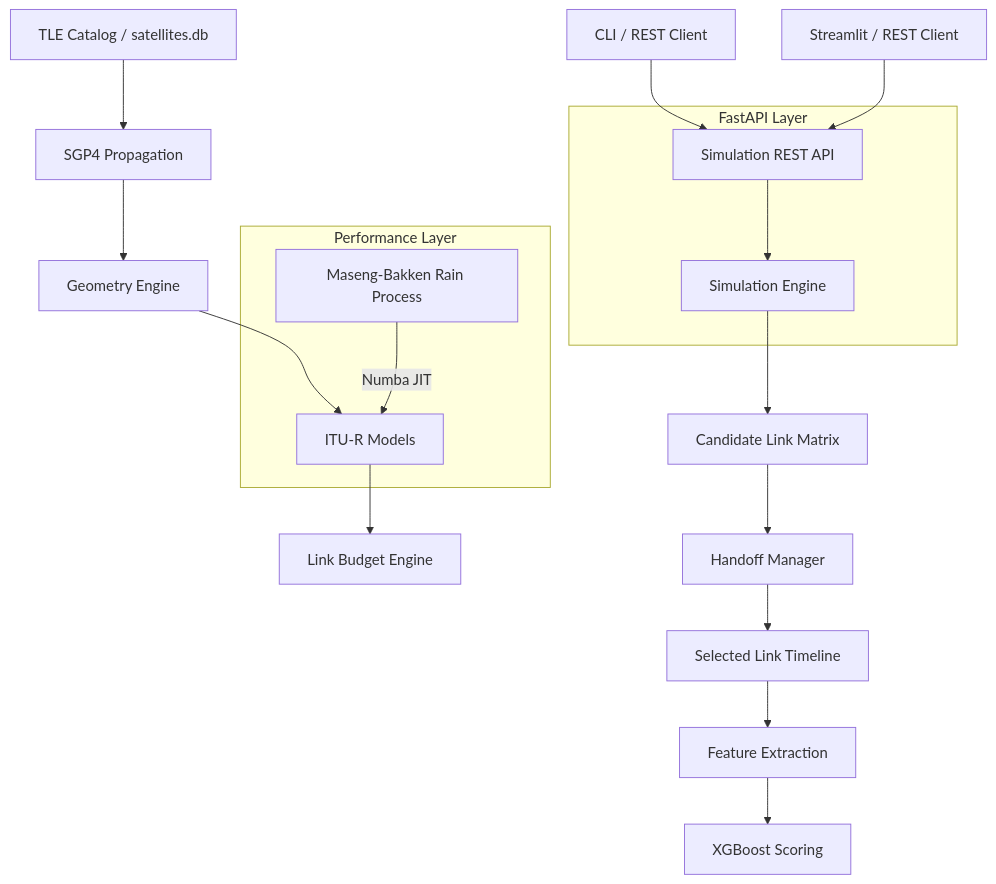
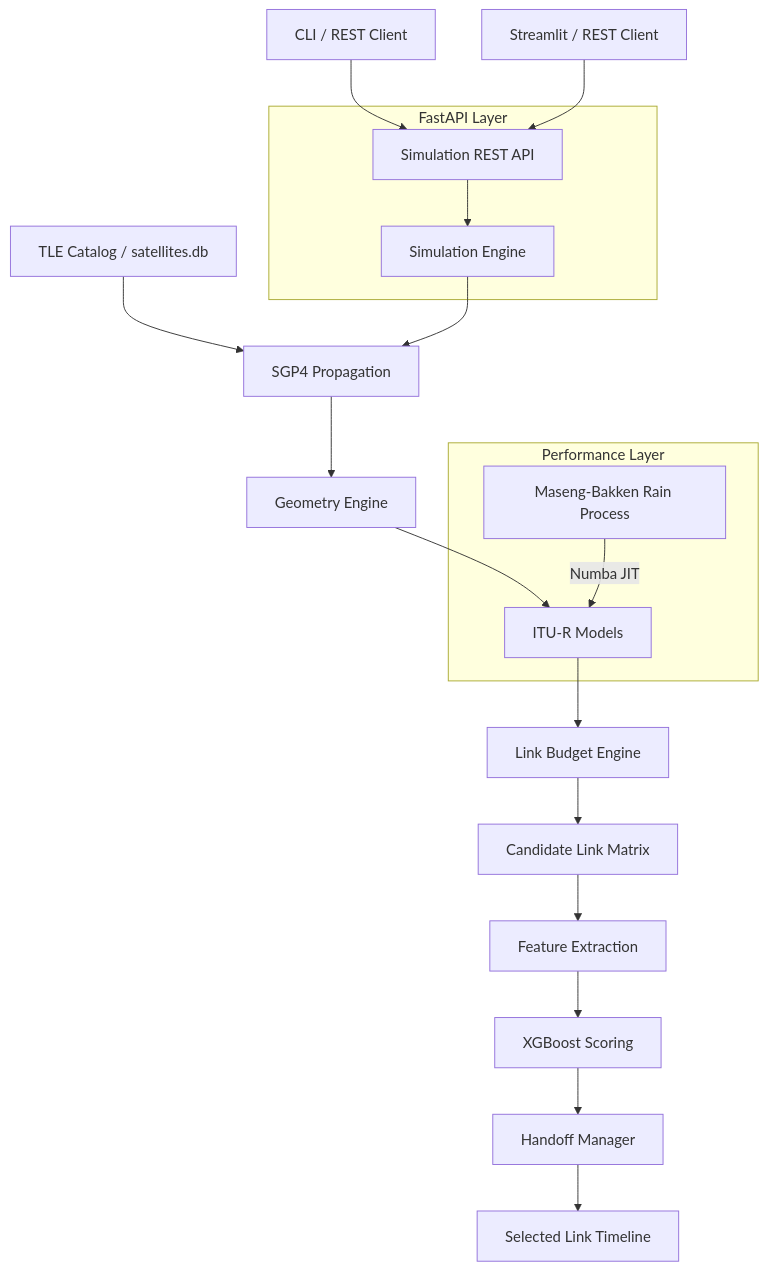
Before and after one commit to Satyanshgaur/RainCast: the diagram in docs/architecture.md, drawn with Mermaid.

Commit message:
Improved the architecture diagram

````diff
--- a/docs/architecture.md
+++ b/docs/architecture.md
@@ -7,28 +7,28 @@
 ```mermaid
 graph TD
     A[TLE Catalog / satellites.db] --> B[SGP4 Propagation]
-
     B --> C[Geometry Engine]
     C --> D[ITU-R Models]
     D --> E[Link Budget Engine]
 
-    subgraph Service Layer [FastAPI Layer]
+    subgraph Service_Layer [FastAPI Layer]
         F[Simulation REST API]
         F --> G[Simulation Engine]
     end
 
-    G --> H[Candidate Link Matrix]
-    H --> I[Handoff Manager]
+    G --> B
+    E --> H[Candidate Link Matrix]
+
+    H --> K[Feature Extraction]
+    K --> L[XGBoost Scoring]
+    L --> I[Handoff Manager]
     I --> J[Selected Link Timeline]
 
-    J --> K[Feature Extraction]
-    K --> L[XGBoost Scoring]
-    
     M[CLI / REST Client] --> F
     N[Streamlit / REST Client] --> F
 
     subgraph JIT_ACCELERATED [Performance Layer]
         R[Maseng-Bakken Rain Process]
         R -- Numba JIT --> D
     end
 ```
````
